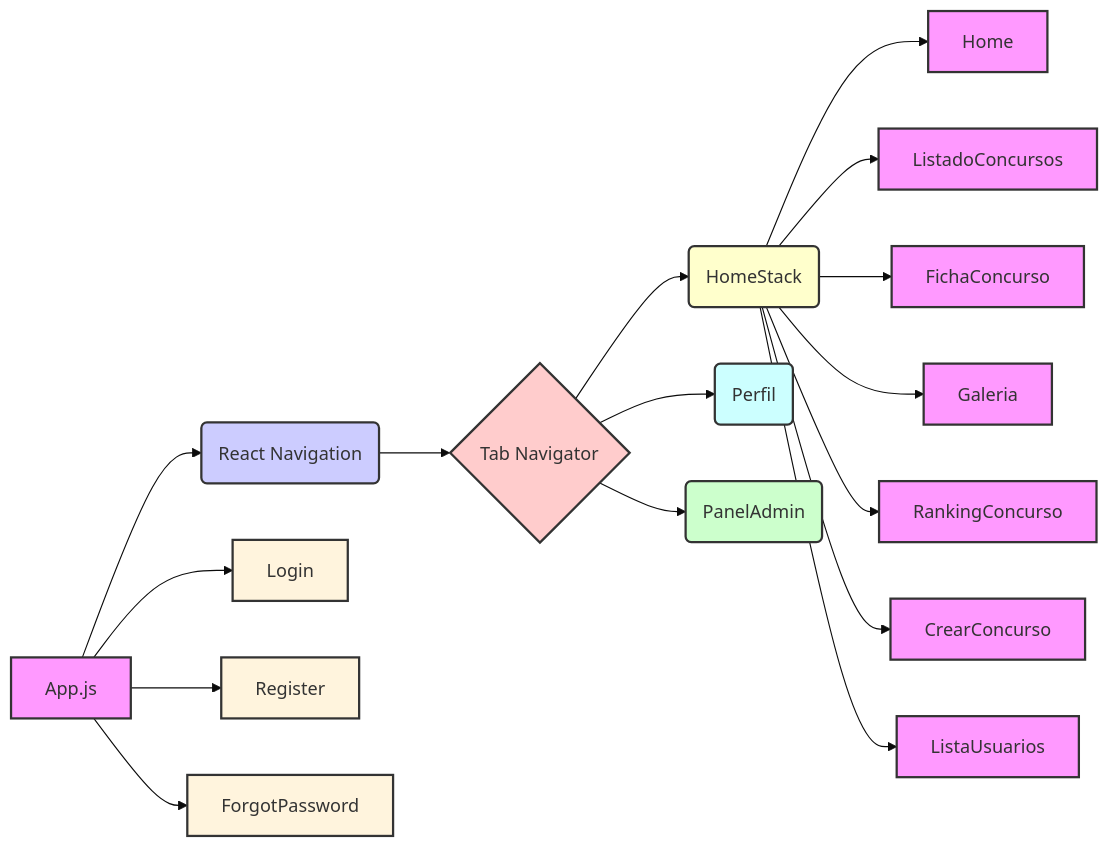
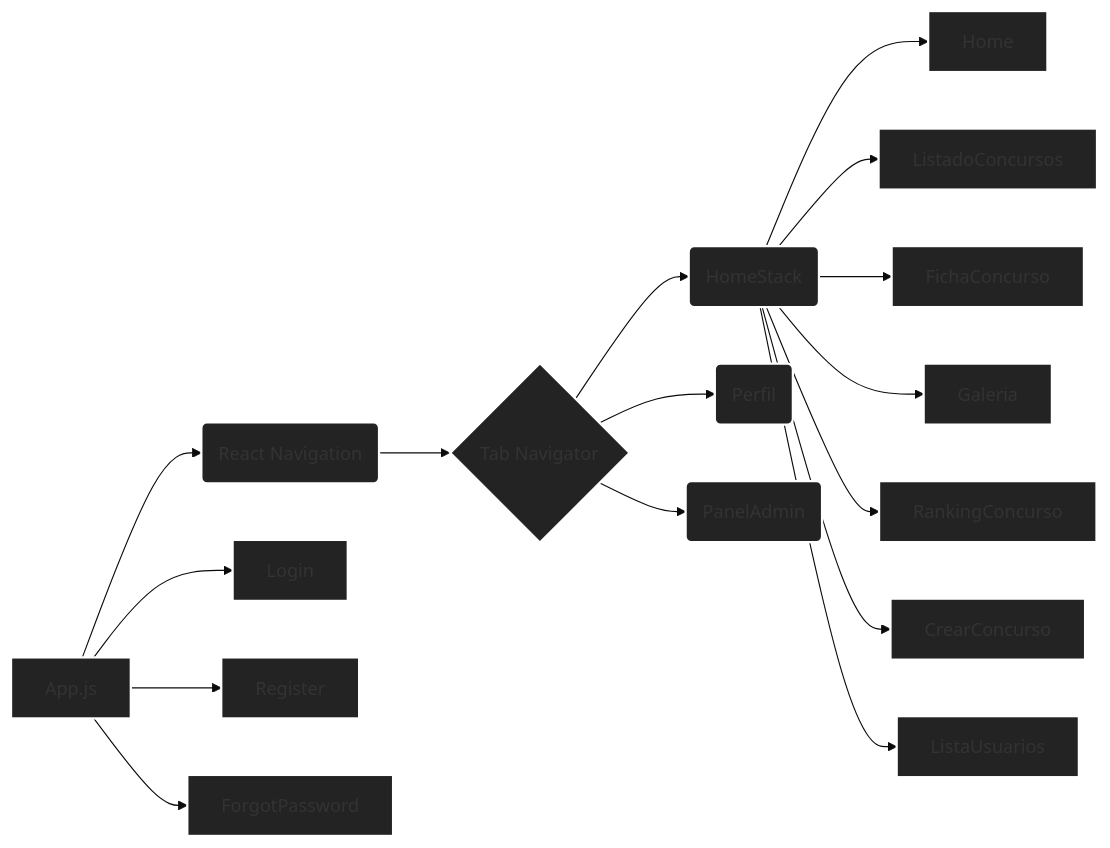
The second of 3 diagrams in README.md (whejhe/Proyecto-Final-DAM), drawn with Mermaid (base theme) before and after one commit. The commit also changed other lines of this file and 2 other files, not shown here.

````diff
--- a/README.md
+++ b/README.md
@@ -156,34 +156,34 @@
 ```mermaid
 graph LR
     A[App.js] --> B(React Navigation);
     B --> C{Tab Navigator};
     C --> D(HomeStack);
     C --> E(Perfil);
     C --> F(PanelAdmin);
     D --> G[Home];
     D --> H[ListadoConcursos];
     D --> I[FichaConcurso];
     D --> J[Galeria];
     D --> K[RankingConcurso];
     D --> L[CrearConcurso];
     D --> M[ListaUsuarios];
     A --> N[Login];
     A --> O[Register];
     A --> P[ForgotPassword];
-    style A fill:#f9f,stroke:#333,stroke-width:2px
-    style B fill:#ccf,stroke:#333,stroke-width:2px
-    style C fill:#fcc,stroke:#333,stroke-width:2px
-    style D fill:#ffc,stroke:#333,stroke-width:2px
-    style E fill:#cff,stroke:#333,stroke-width:2px
-    style F fill:#cfc,stroke:#333,stroke-width:2px
-    style G fill:#f9f,stroke:#333,stroke-width:2px
-    style H fill:#f9f,stroke:#333,stroke-width:2px
-    style I fill:#f9f,stroke:#333,stroke-width:2px
-    style J fill:#f9f,stroke:#333,stroke-width:2px
-    style K fill:#f9f,stroke:#333,stroke-width:2px
-    style L fill:#f9f,stroke:#333,stroke-width:2px
-    style M fill:#f9f,stroke:#333,stroke-width:2px
-    style N fill:#Login,stroke:#333,stroke-width:2px
-    style O fill:#Register,stroke:#333,stroke-width:2px
-    style P fill:#ForgotPassword,stroke:#333,stroke-width:2px
+    style A fill:#232323,stroke:#fff,stroke-width:2px
+    style B fill:#232323,stroke:#fff,stroke-width:2px
+    style C fill:#232323,stroke:#fff,stroke-width:2px
+    style D fill:#232323,stroke:#fff,stroke-width:2px
+    style E fill:#232323,stroke:#fff,stroke-width:2px
+    style F fill:#232323,stroke:#fff,stroke-width:2px
+    style G fill:#232323,stroke:#fff,stroke-width:2px
+    style H fill:#232323,stroke:#fff,stroke-width:2px
+    style I fill:#232323,stroke:#fff,stroke-width:2px
+    style J fill:#232323,stroke:#fff,stroke-width:2px
+    style K fill:#232323,stroke:#fff,stroke-width:2px
+    style L fill:#232323,stroke:#fff,stroke-width:2px
+    style M fill:#232323,stroke:#fff,stroke-width:2px
+    style N fill:#232323,stroke:#fff,stroke-width:2px
+    style O fill:#232323,stroke:#fff,stroke-width:2px
+    style P fill:#232323,stroke:#fff,stroke-width:2px
 ```
````
